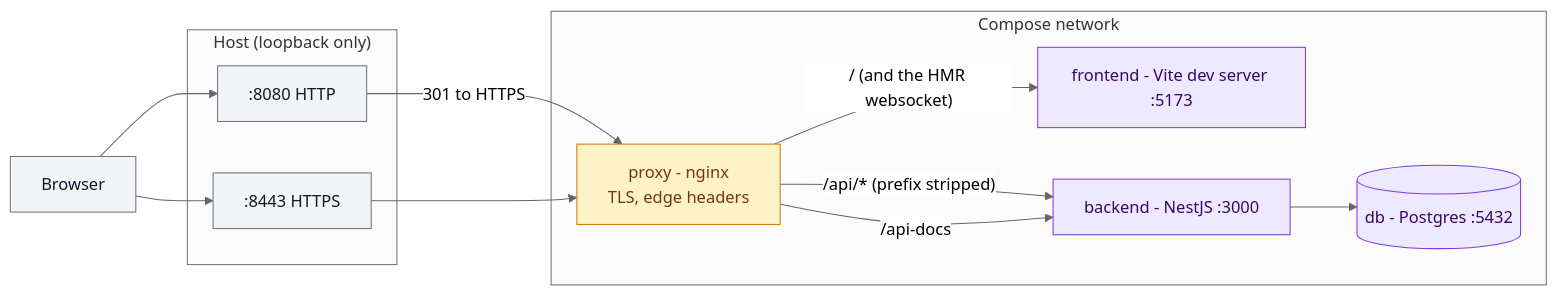
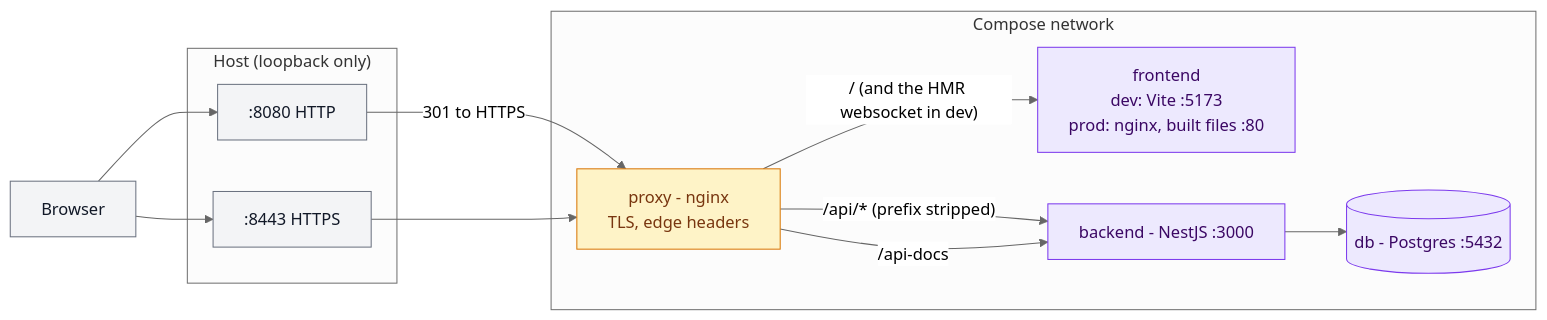
Before and after one commit to kidp8479/42_hypertube: the first of 4 diagrams in docs/diagrams/network.md, drawn with Mermaid (neutral theme). The commit also changed other lines of this file and 11 other files, not shown here.

First line of the commit message:
feat(HYP-17): a prod compose stack, the SPA as static files behind nginx

````diff
--- a/docs/diagrams/network.md
+++ b/docs/diagrams/network.md
@@ -9,31 +9,31 @@
 ```mermaid
 flowchart LR
     browser["Browser"]
 
     subgraph host["Host (loopback only)"]
         p8080[":8080 HTTP"]
         p8443[":8443 HTTPS"]
     end
 
     subgraph net["Compose network"]
         proxy["proxy - nginx<br/>TLS, edge headers"]
-        frontend["frontend - Vite dev server :5173"]
+        frontend["frontend<br/>dev: Vite :5173<br/>prod: nginx, built files :80"]
         backend["backend - NestJS :3000"]
         db[("db - Postgres :5432")]
     end
 
     browser --> p8080 -- "301 to HTTPS" --> proxy
     browser --> p8443 --> proxy
 
-    proxy -- "/ (and the HMR websocket)" --> frontend
+    proxy -- "/ (and the HMR websocket in dev)" --> frontend
     proxy -- "/api/* (prefix stripped)" --> backend
     proxy -- "/api-docs" --> backend
     backend --> db
 
     classDef edge fill:#fef3c7,stroke:#d97706,color:#78350f
     classDef svc fill:#ede9fe,stroke:#7c3aed,color:#3b0764
     classDef ext fill:#f3f4f6,stroke:#6b7280,color:#111827
     class proxy edge
     class frontend,backend,db svc
     class browser,p8080,p8443 ext
 ```
````
